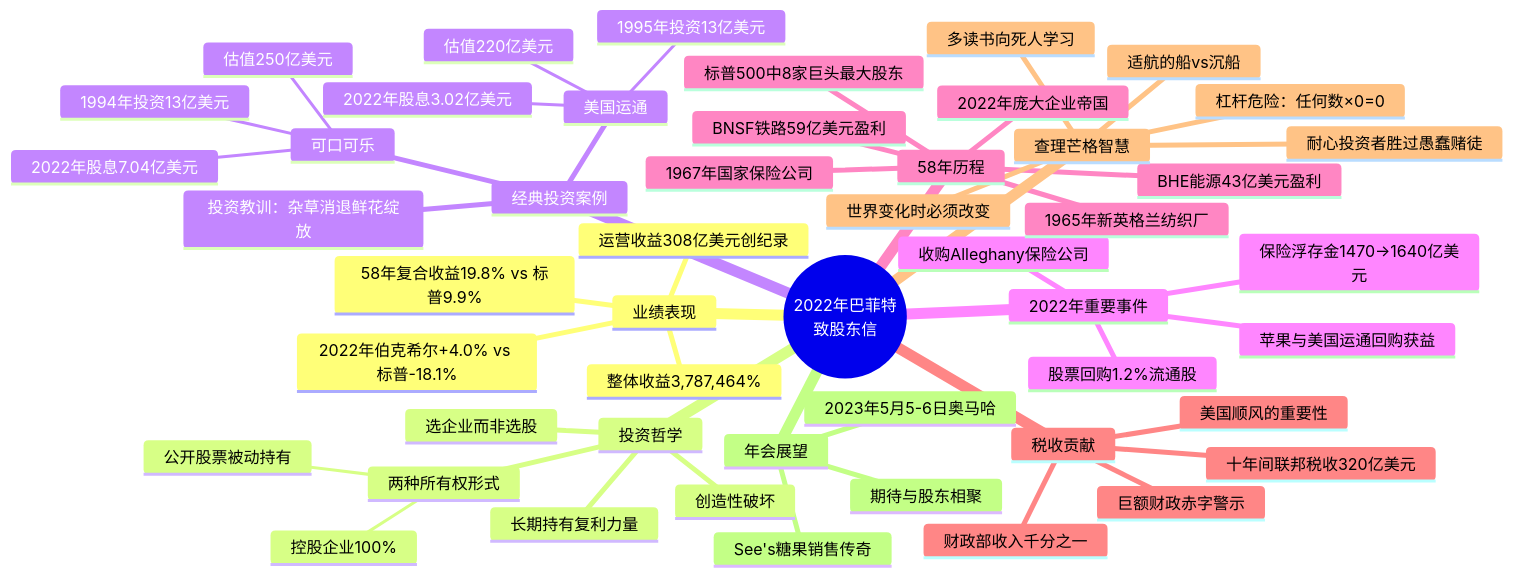
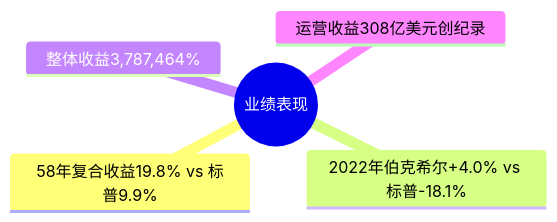
The second of 9 diagrams in docs/01_letters/2022年/思维导图.md (carllhm/buffett-knowledge-base), drawn with Mermaid before and after one commit. The commit also changed other lines of this file and 719 other files, not shown here.

Commit message:
思维导图重构：两级结构，总览+折叠子导图

````diff
--- a/docs/01_letters/2022年/思维导图.md
+++ b/docs/01_letters/2022年/思维导图.md
@@ -5,53 +61,8 @@
 ```mermaid
 mindmap
-  root((2022年巴菲特<br/>致股东信))
-    业绩表现
-      58年复合收益19.8% vs 标普9.9%
-      2022年伯克希尔+4.0% vs 标普-18.1%
-      整体收益3,787,464%
-      运营收益308亿美元创纪录
-    投资哲学
-      两种所有权形式
-        控股企业100%
-        公开股票被动持有
-      选企业而非选股
-      长期持有复利力量
-      创造性破坏
-    经典投资案例
-      可口可乐
-        1994年投资13亿美元
-        2022年股息7.04亿美元
-        估值250亿美元
-      美国运通
-        1995年投资13亿美元
-        2022年股息3.02亿美元
-        估值220亿美元
-      投资教训：杂草消退鲜花绽放
-    2022年重要事件
-      收购Alleghany保险公司
-      保险浮存金1470→1640亿美元
-      股票回购1.2%流通股
-      苹果与美国运通回购获益
-    58年历程
-      1965年新英格兰纺织厂
-      1967年国家保险公司
-      2022年庞大企业帝国
-      BNSF铁路59亿美元盈利
-      BHE能源43亿美元盈利
-      标普500中8家巨头最大股东
-    税收贡献
-      十年间联邦税收320亿美元
-      财政部收入千分之一
-      巨额财政赤字警示
-      美国顺风的重要性
-    查理芒格智慧
-      耐心投资者胜过愚蠢赌徒
-      杠杆危险：任何数×0=0
-      适航的船vs沉船
-      多读书向死人学习
-      世界变化时必须改变
-    年会展望
-      2023年5月5-6日奥马哈
-      See's糖果销售传奇
-      期待与股东相聚
+  root((业绩表现))
+    58年复合收益19.8% vs 标普9.9%
+    2022年伯克希尔+4.0% vs 标普-18.1%
+    整体收益3,787,464%
+    运营收益308亿美元创纪录
 ```
````
